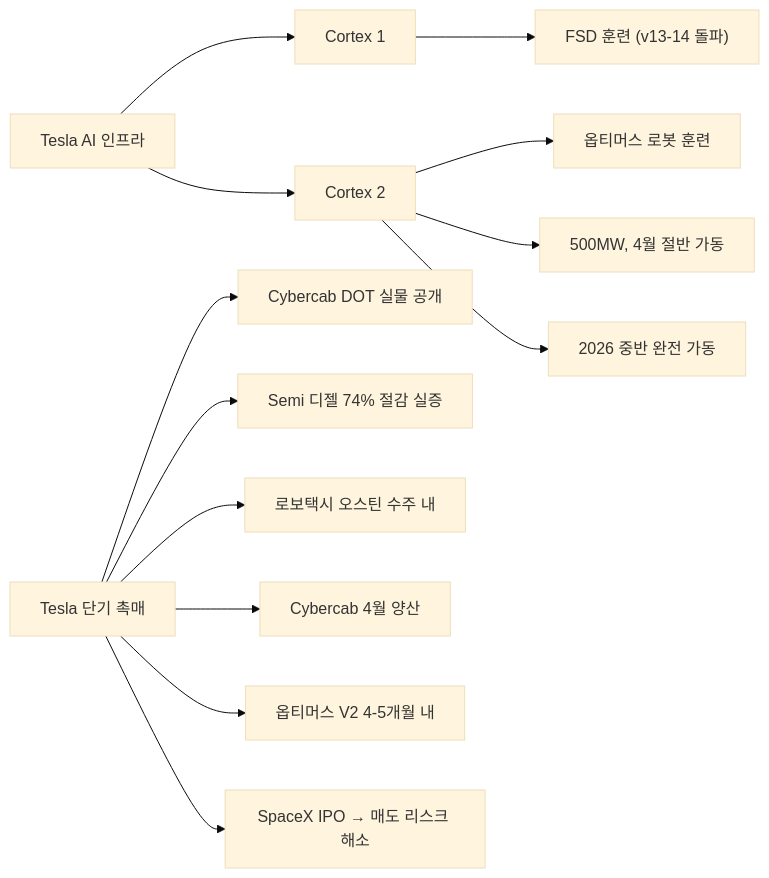
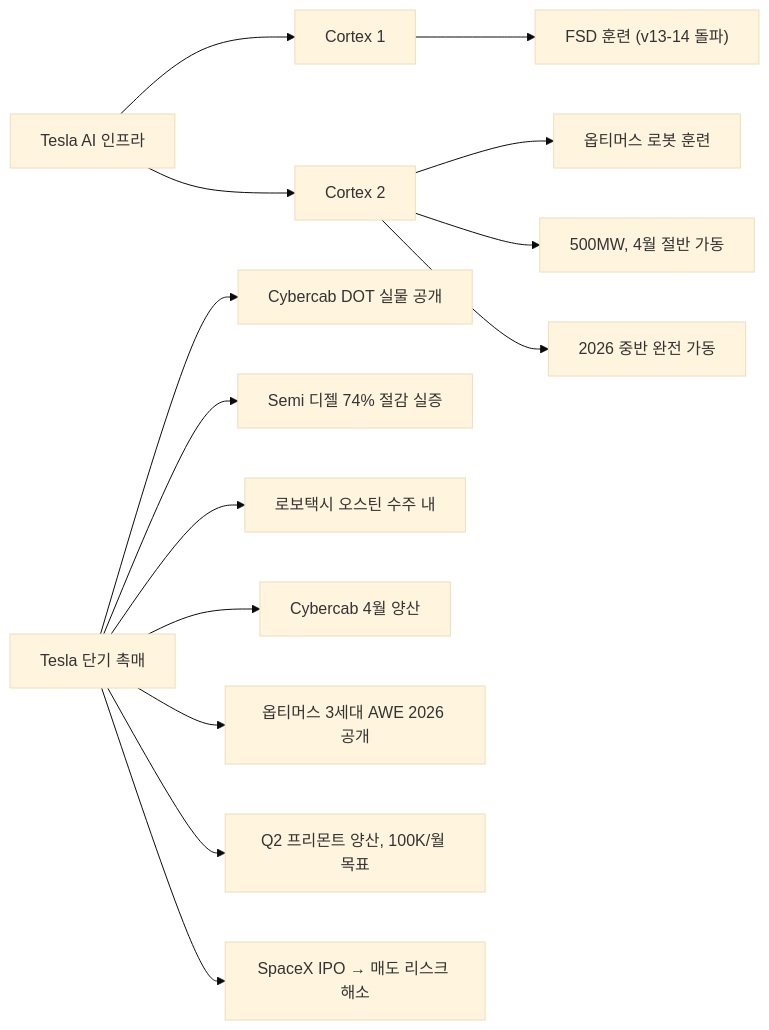
The first of 5 diagrams in _posts/knowledge/invest/2026-01-21-automotive-robotics-sector-outlook-2026.md (dss99911/dss99911.github.io), drawn with Mermaid (base theme) before and after one commit. The commit also changed other lines of this file and 2 other files, not shown here.

Commit message:
투자 전망 3/14 업데이트: VIX 27 공포·사모신용 $3.5T·CPO 변곡점·옵티머스 AWE

````diff
--- a/_posts/knowledge/invest/2026-01-21-automotive-robotics-sector-outlook-2026.md
+++ b/_posts/knowledge/invest/2026-01-21-automotive-robotics-sector-outlook-2026.md
@@ -37,17 +37,18 @@
 ```mermaid
 graph LR
     A["Tesla AI 인프라"] --> B["Cortex 1"]
     A --> C["Cortex 2"]
 
     B --> D["FSD 훈련 (v13-14 돌파)"]
     C --> E["옵티머스 로봇 훈련"]
     C --> F["500MW, 4월 절반 가동"]
     C --> G["2026 중반 완전 가동"]
 
     H["Tesla 단기 촉매"] --> I["Cybercab DOT 실물 공개"]
     H --> J["Semi 디젤 74% 절감 실증"]
     H --> K["로보택시 오스틴 수주 내"]
     H --> L["Cybercab 4월 양산"]
-    H --> M["옵티머스 V2 4-5개월 내"]
+    H --> M["옵티머스 3세대 AWE 2026 공개"]
+    H --> M2["Q2 프리몬트 양산, 100K/월 목표"]
     H --> N["SpaceX IPO → 매도 리스크 해소"]
 ```
````
